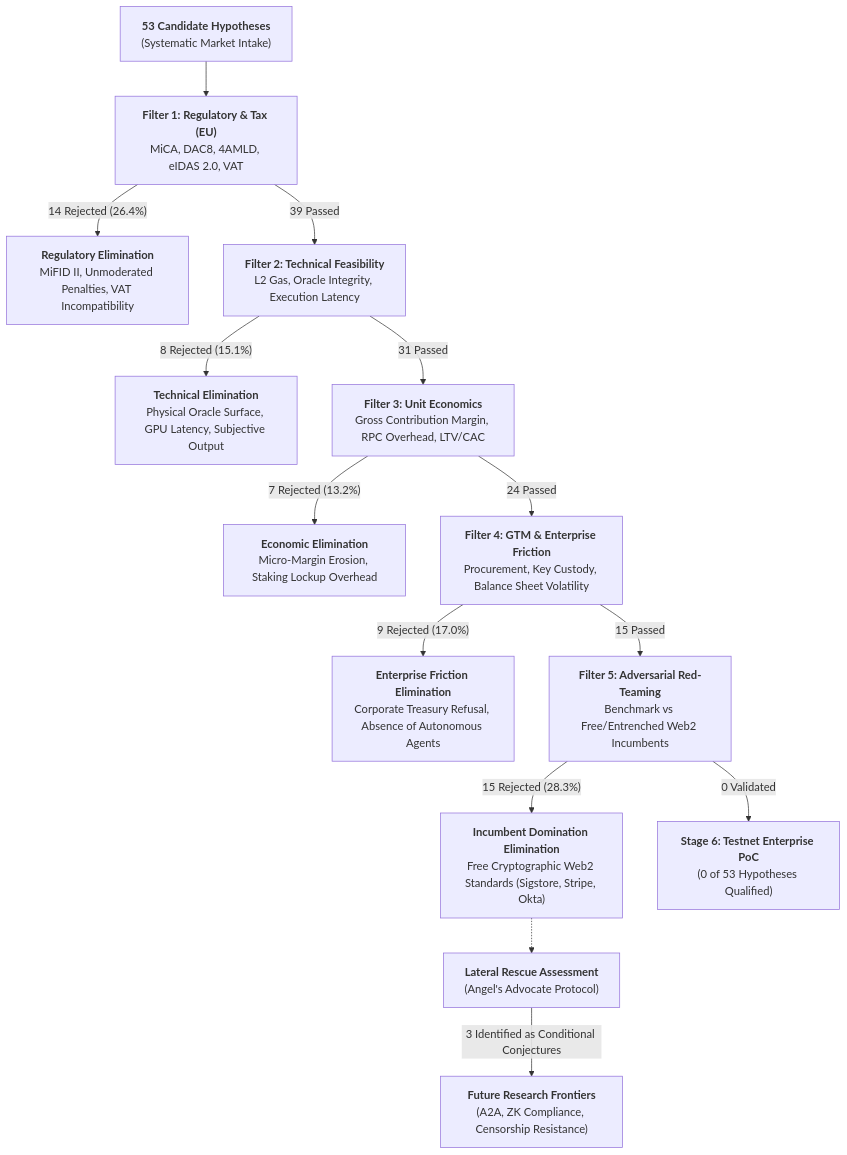
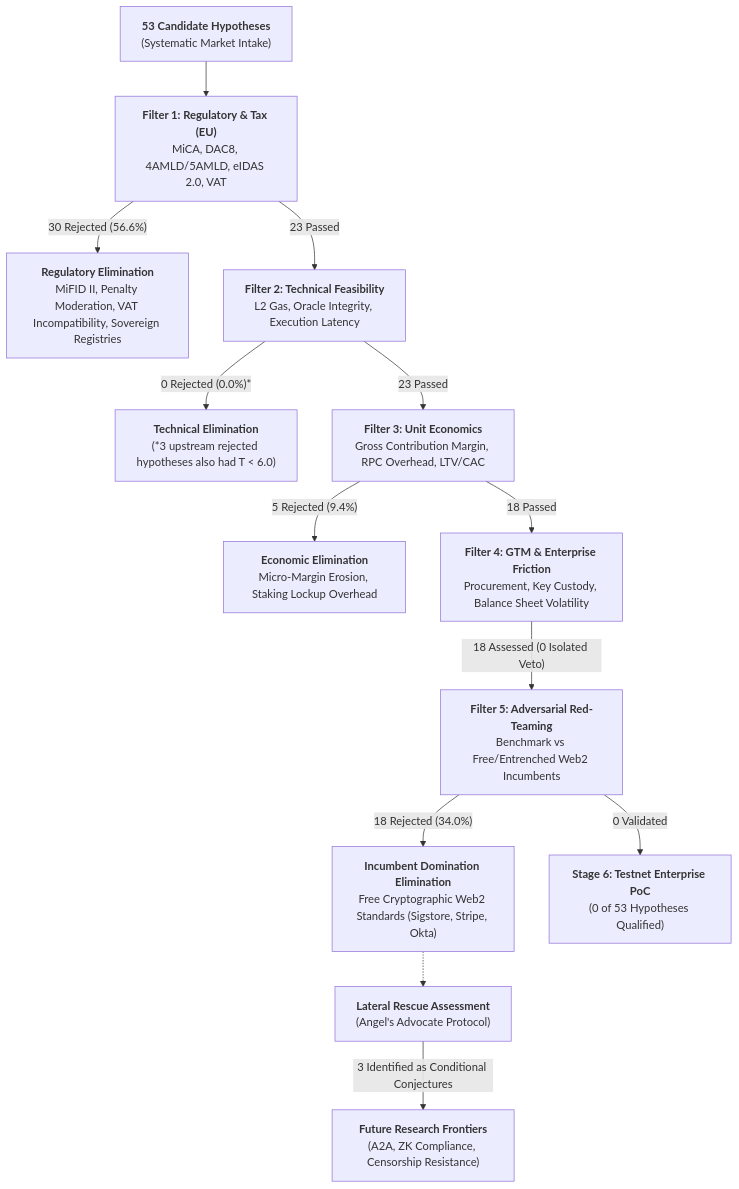
The first of 2 diagrams in src/technical_report_web3_viability_en.md (jlcostumero/b2b-smart-contracts-feasibility), drawn with Mermaid before and after one commit. The commit also changed other lines of this file and 5 other files, not shown here.

````diff
--- a/src/technical_report_web3_viability_en.md
+++ b/src/technical_report_web3_viability_en.md
@@ -61,23 +61,22 @@
 ```mermaid
 flowchart TD
-    H["<b>53 Candidate Hypotheses</b><br/>(Systematic Market Intake)"] --> F1["<b>Filter 1: Regulatory & Tax (EU)</b><br/>MiCA, DAC8, 4AMLD, eIDAS 2.0, VAT"]
+    H["<b>53 Candidate Hypotheses</b><br/>(Systematic Market Intake)"] --> F1["<b>Filter 1: Regulatory & Tax (EU)</b><br/>MiCA, DAC8, 4AMLD/5AMLD, eIDAS 2.0, VAT"]
     
-    F1 -- "14 Rejected (26.4%)" --> D1["<b>Regulatory Elimination</b><br/>MiFID II, Unmoderated Penalties, VAT Incompatibility"]
-    F1 -- "39 Passed" --> F2["<b>Filter 2: Technical Feasibility</b><br/>L2 Gas, Oracle Integrity, Execution Latency"]
+    F1 -- "30 Rejected (56.6%)" --> D1["<b>Regulatory Elimination</b><br/>MiFID II, Penalty Moderation, VAT Incompatibility, Sovereign Registries"]
+    F1 -- "23 Passed" --> F2["<b>Filter 2: Technical Feasibility</b><br/>L2 Gas, Oracle Integrity, Execution Latency"]
     
-    F2 -- "8 Rejected (15.1%)" --> D2["<b>Technical Elimination</b><br/>Physical Oracle Surface, GPU Latency, Subjective Output"]
-    F2 -- "31 Passed" --> F3["<b>Filter 3: Unit Economics</b><br/>Gross Contribution Margin, RPC Overhead, LTV/CAC"]
+    F2 -- "0 Rejected (0.0%)*" --> D2["<b>Technical Elimination</b><br/>(*3 upstream rejected hypotheses also had T < 6.0)"]
+    F2 -- "23 Passed" --> F3["<b>Filter 3: Unit Economics</b><br/>Gross Contribution Margin, RPC Overhead, LTV/CAC"]
     
-    F3 -- "7 Rejected (13.2%)" --> D3["<b>Economic Elimination</b><br/>Micro-Margin Erosion, Staking Lockup Overhead"]
-    F3 -- "24 Passed" --> F4["<b>Filter 4: GTM & Enterprise Friction</b><br/>Procurement, Key Custody, Balance Sheet Volatility"]
+    F3 -- "5 Rejected (9.4%)" --> D3["<b>Economic Elimination</b><br/>Micro-Margin Erosion, Staking Lockup Overhead"]
+    F3 -- "18 Passed" --> F4["<b>Filter 4: GTM & Enterprise Friction</b><br/>Procurement, Key Custody, Balance Sheet Volatility"]
     
-    F4 -- "9 Rejected (17.0%)" --> D4["<b>Enterprise Friction Elimination</b><br/>Corporate Treasury Refusal, Absence of Autonomous Agents"]
-    F4 -- "15 Passed" --> F5["<b>Filter 5: Adversarial Red-Teaming</b><br/>Benchmark vs Free/Entrenched Web2 Incumbents"]
+    F4 -- "18 Assessed (0 Isolated Veto)" --> F5["<b>Filter 5: Adversarial Red-Teaming</b><br/>Benchmark vs Free/Entrenched Web2 Incumbents"]
     
-    F5 -- "15 Rejected (28.3%)" --> D5["<b>Incumbent Domination Elimination</b><br/>Free Cryptographic Web2 Standards (Sigstore, Stripe, Okta)"]
+    F5 -- "18 Rejected (34.0%)" --> D5["<b>Incumbent Domination Elimination</b><br/>Free Cryptographic Web2 Standards (Sigstore, Stripe, Okta)"]
     
     D5 -.-> ANG["<b>Lateral Rescue Assessment</b><br/>(Angel's Advocate Protocol)"]
     ANG -- "3 Identified as Conditional Conjectures" --> FRONTIER["<b>Future Research Frontiers</b><br/>(A2A, ZK Compliance, Censorship Resistance)"]
     
     F5 -- "0 Validated" --> POC["<b>Stage 6: Testnet Enterprise PoC</b><br/>(0 of 53 Hypotheses Qualified)"]
 ```
````
